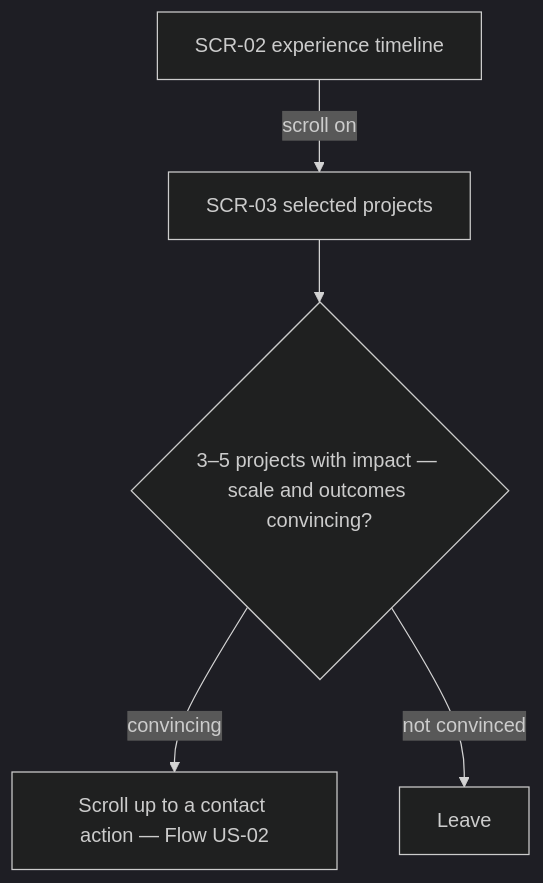
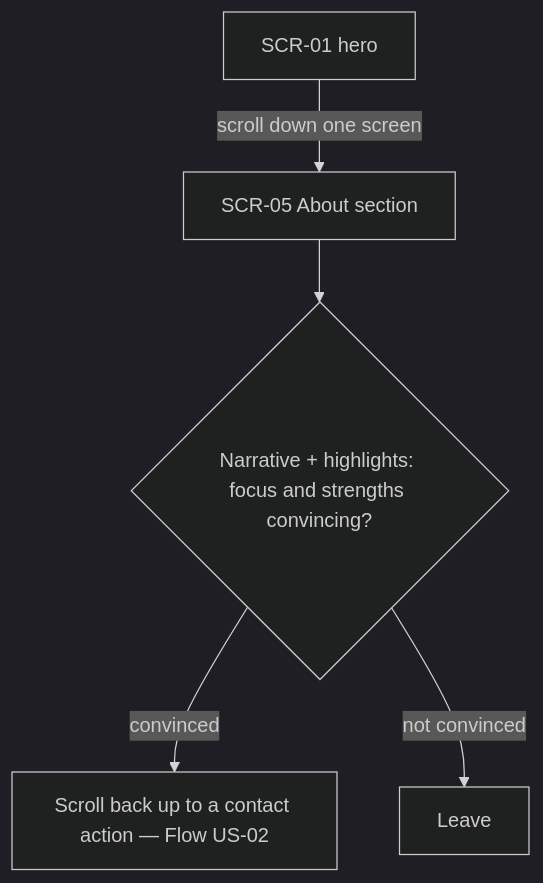
The fifth of 5 diagrams in docs/features/personal-landing/ux-flows.md (financeasist/personal-page), drawn with Mermaid (dark theme) before and after one commit. The commit also changed other lines of this file and 2 other files, not shown here.

First line of the commit message:
ux-flows: personal-landing — re-sync to phone-out / About-in scope

````diff
--- a/docs/features/personal-landing/ux-flows.md
+++ b/docs/features/personal-landing/ux-flows.md
@@ -129,7 +129,7 @@
 ```mermaid
 flowchart TD
-    A["SCR-02 experience timeline"] -->|"scroll on"| B["SCR-03 selected projects"]
-    B --> C{"3–5 projects with impact — scale and outcomes convincing?"}
-    C -->|"convincing"| D["Scroll up to a contact action — Flow US-02"]
+    A["SCR-01 hero"] -->|"scroll down one screen"| B["SCR-05 About section"]
+    B --> C{"Narrative + highlights: focus and strengths convincing?"}
+    C -->|"convinced"| D["Scroll back up to a contact action — Flow US-02"]
     C -->|"not convinced"| E["Leave"]
 ```
````
